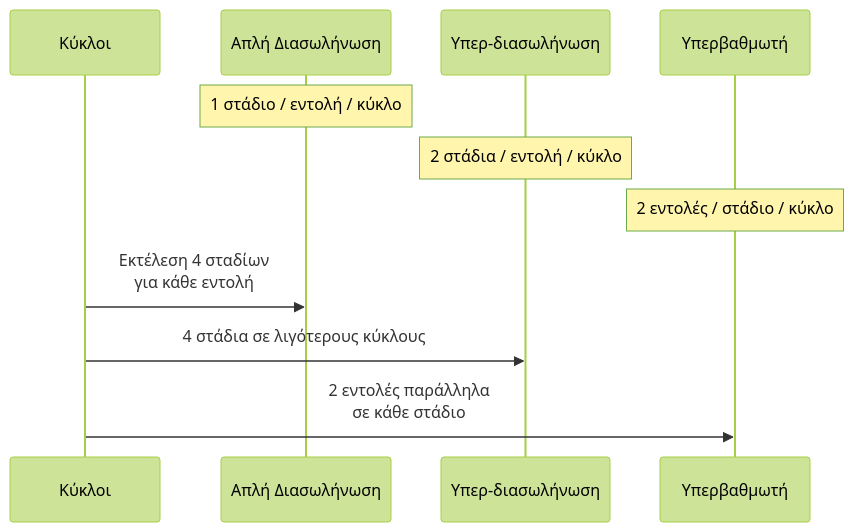
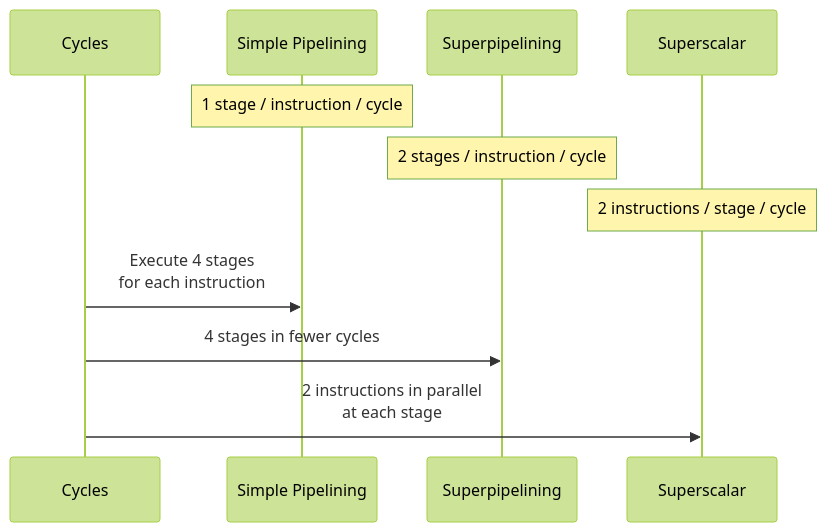
Before and after one commit to PanagopoulosNikolaos/DitOpenNotes: the third of 11 diagrams in Year_2/Semester_3/COMPUTER_ARCHITECTURE/Resources/Notes/Superscalar-Processors-Notes-9.md, drawn with Mermaid (forest theme). The commit also changed other lines of this file and 50 other files, not shown here.

````diff
--- a/Year_2/Semester_3/COMPUTER_ARCHITECTURE/Resources/Notes/Superscalar-Processors-Notes-9.md
+++ b/Year_2/Semester_3/COMPUTER_ARCHITECTURE/Resources/Notes/Superscalar-Processors-Notes-9.md
@@ -121,15 +121,15 @@
 ```mermaid
 sequenceDiagram
-    participant C as Κύκλοι
-    participant P as Απλή Διασωλήνωση
-    participant HP as Υπερ-διασωλήνωση
-    participant SS as Υπερβαθμωτή
+    participant C as Cycles
+    participant P as Simple Pipelining
+    participant HP as Superpipelining
+    participant SS as Superscalar
 
-    Note over P: 1 στάδιο / εντολή / κύκλο
-    Note over HP: 2 στάδια / εντολή / κύκλο
-    Note over SS: 2 εντολές / στάδιο / κύκλο
+    Note over P: 1 stage / instruction / cycle
+    Note over HP: 2 stages / instruction / cycle
+    Note over SS: 2 instructions / stage / cycle
 
-    C->>P: Εκτέλεση 4 σταδίων<br/>για κάθε εντολή
-    C->>HP: 4 στάδια σε λιγότερους κύκλους
-    C->>SS: 2 εντολές παράλληλα<br/>σε κάθε στάδιο
+    C->>P: Execute 4 stages<br/>for each instruction
+    C->>HP: 4 stages in fewer cycles
+    C->>SS: 2 instructions in parallel<br/>at each stage
 ```
````
